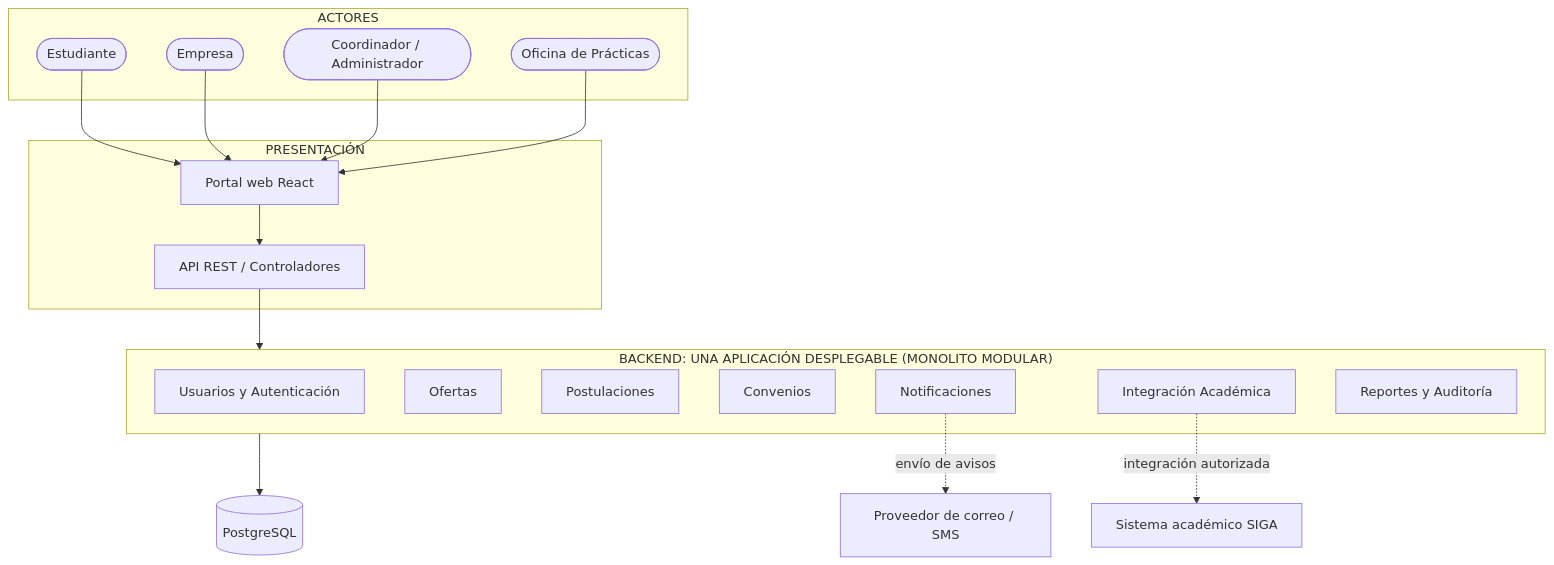
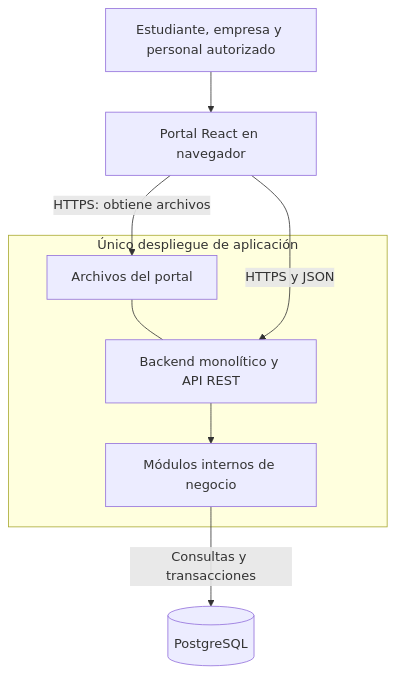
The diagram in docs/02-arquitectura/arquitectura-inicial.md (Jhoncode987/Sistema-de-Gestion-y-Publicacion-Practicas-Preprofesionales), drawn with Mermaid before and after one commit. The commit also changed other lines of this file and 16 other files, not shown here.

````diff
--- a/docs/02-arquitectura/arquitectura-inicial.md
+++ b/docs/02-arquitectura/arquitectura-inicial.md
@@ -33,38 +33,17 @@
-```mermaid
-flowchart TD
-    subgraph Actores["ACTORES"]
-        A1([Estudiante])
-        A2([Empresa])
-        A3([Coordinador / Administrador])
-        A4([Oficina de Prácticas])
+~~~mermaid
+flowchart TB
+    U["Estudiante, empresa y personal autorizado"]
+    Web["Portal React en navegador"]
+    subgraph App["Único despliegue de aplicación"]
+        Static["Archivos del portal"]
+        API["Backend monolítico y API REST"]
+        Modules["Módulos internos de negocio"]
+        Static --- API
+        API --> Modules
     end
-
-    subgraph Presentacion["PRESENTACIÓN"]
-        WEB["Portal web React"]
-        API["API REST / Controladores"]
-        WEB --> API
-    end
-
-    subgraph Backend["BACKEND: UNA APLICACIÓN DESPLEGABLE (MONOLITO MODULAR)"]
-        M1["Usuarios y Autenticación"]
-        M2["Ofertas"]
-        M3["Postulaciones"]
-        M4["Convenios"]
-        M5["Notificaciones"]
-        M6["Integración Académica"]
-        M7["Reportes y Auditoría"]
-    end
-
     DB[("PostgreSQL")]
-    SIGA["Sistema académico SIGA"]
-    MAIL["Proveedor de correo / SMS"]
-
-    A1 --> WEB
-    A2 --> WEB
-    A3 --> WEB
-    A4 --> WEB
-    API --> Backend
-    Backend --> DB
-    M6 -. integración autorizada .-> SIGA
-    M5 -. envío de avisos .-> MAIL
-```
+    U --> Web
+    Web -->|"HTTPS: obtiene archivos"| Static
+    Web -->|"HTTPS y JSON"| API
+    Modules -->|"Consultas y transacciones"| DB
+~~~
````
